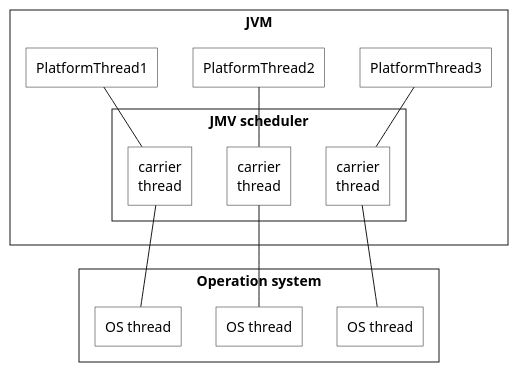
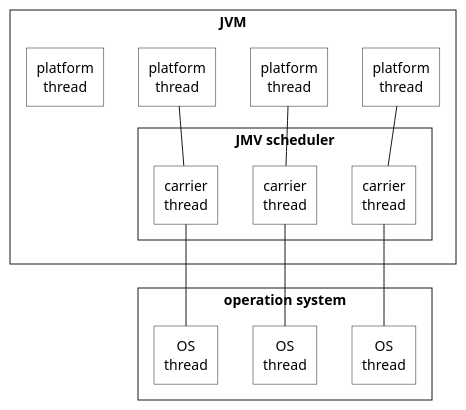
One commit to ti-cortex-m4/demo-java-virtual-threads2 changed the diagram in images/virtual_threads.puml. Above: the diagram before and after it, drawn with PlantUML. The commit also changed 1 other file, not shown here.

```diff
--- a/images/virtual_threads.puml
+++ b/images/virtual_threads.puml
@@ -1,37 +1,38 @@
 @startuml
 
 skinparam {
     defaultTextAlignment center
     roundCorner 0
     CardBackgroundColor transparent
     RectangleBackgroundColor transparent
     RectangleFontName Source Sans Pro
 }
 
 rectangle JVM {
-  rectangle PlatformThread1
-  rectangle PlatformThread2
-  rectangle PlatformThread3
+  rectangle "platform\nthread" as PlatformThread1
+  rectangle "platform\nthread" as PlatformThread2
+  rectangle "platform\nthread" as PlatformThread3
+  rectangle "platform\nthread" as PlatformThread4
 
   rectangle "JMV scheduler" {
     rectangle "сarrier\nthread" as CarrierThread1
     rectangle "сarrier\nthread" as CarrierThread2
     rectangle "сarrier\nthread" as CarrierThread3
   }
 }
 
-rectangle "Operation system" {
-  rectangle "OS thread" as OsThread1
-  rectangle "OS thread" as OsThread2
-  rectangle "OS thread" as OsThread3
+rectangle "operation system" {
+  rectangle "OS\nthread" as OsThread1
+  rectangle "OS\nthread" as OsThread2
+  rectangle "OS\nthread" as OsThread3
 }
 
 OsThread1 -up- CarrierThread1
 OsThread2 -up- CarrierThread2
 OsThread3 -up- CarrierThread3
 
 CarrierThread1 -up- PlatformThread1
 CarrierThread2 -up- PlatformThread2
 CarrierThread3 -up- PlatformThread3
 
 @enduml
```
